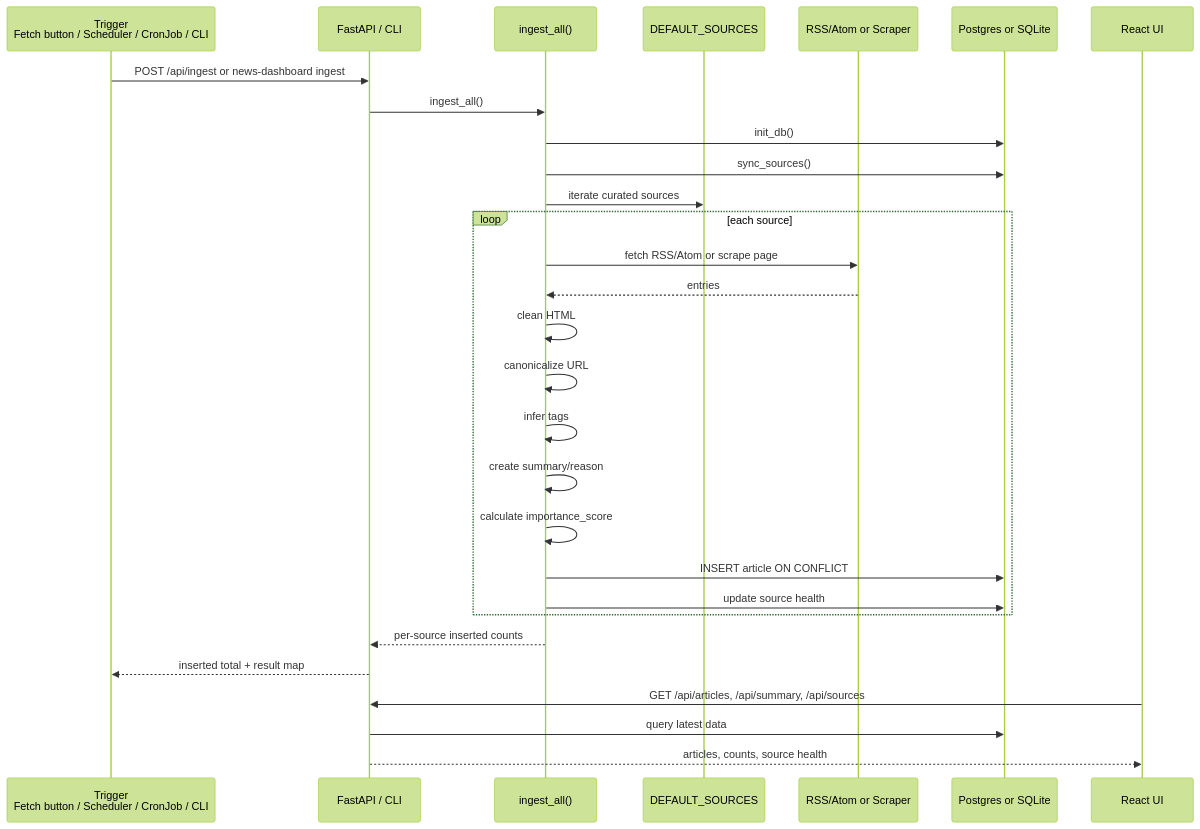
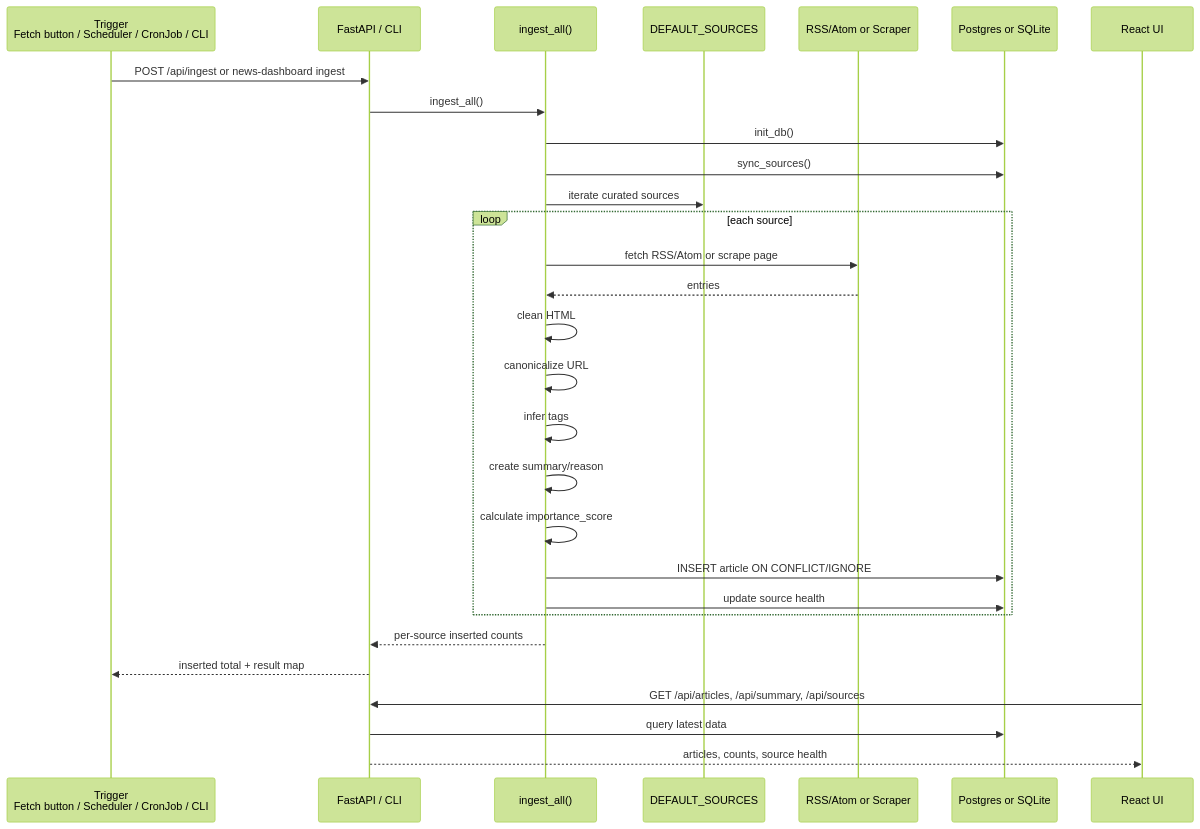
One commit to lihor-hub/news-dashboard changed the third of 5 diagrams in docs/ARCHITECTURE.md. Above: the diagram before and after it, drawn with Mermaid (forest theme). The commit also changed other lines of this file and 15 other files, not shown here.

````diff
--- a/docs/ARCHITECTURE.md
+++ b/docs/ARCHITECTURE.md
@@ -105,34 +105,34 @@
 ```mermaid
 sequenceDiagram
   participant Trigger as Trigger<br/>Fetch button / Scheduler / CronJob / CLI
   participant API as FastAPI / CLI
   participant Ingest as ingest_all()
   participant Sources as DEFAULT_SOURCES
   participant Feed as RSS/Atom or Scraper
   participant DB as Postgres or SQLite
   participant UI as React UI
 
   Trigger->>API: POST /api/ingest or news-dashboard ingest
   API->>Ingest: ingest_all()
   Ingest->>DB: init_db()
   Ingest->>DB: sync_sources()
   Ingest->>Sources: iterate curated sources
 
   loop each source
     Ingest->>Feed: fetch RSS/Atom or scrape page
     Feed-->>Ingest: entries
     Ingest->>Ingest: clean HTML
     Ingest->>Ingest: canonicalize URL
     Ingest->>Ingest: infer tags
     Ingest->>Ingest: create summary/reason
     Ingest->>Ingest: calculate importance_score
-    Ingest->>DB: INSERT article ON CONFLICT
+    Ingest->>DB: INSERT article ON CONFLICT/IGNORE
     Ingest->>DB: update source health
   end
 
   Ingest-->>API: per-source inserted counts
   API-->>Trigger: inserted total + result map
   UI->>API: GET /api/articles, /api/summary, /api/sources
   API->>DB: query latest data
   API-->>UI: articles, counts, source health
 ```
````
